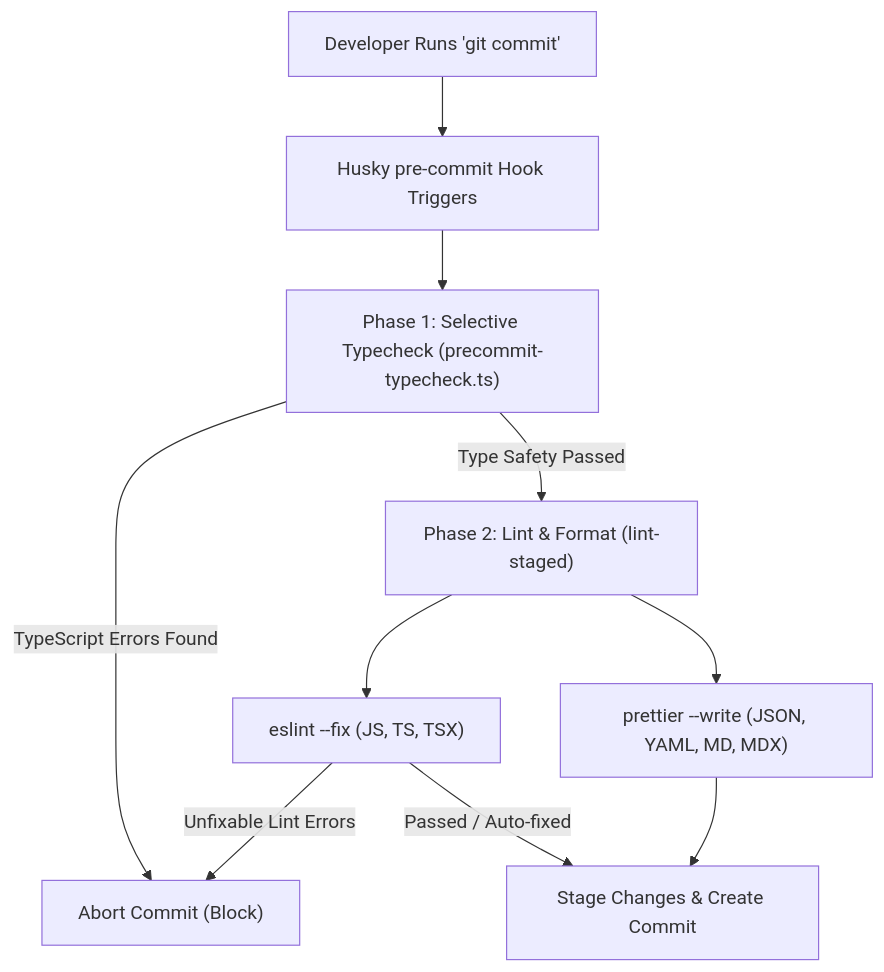
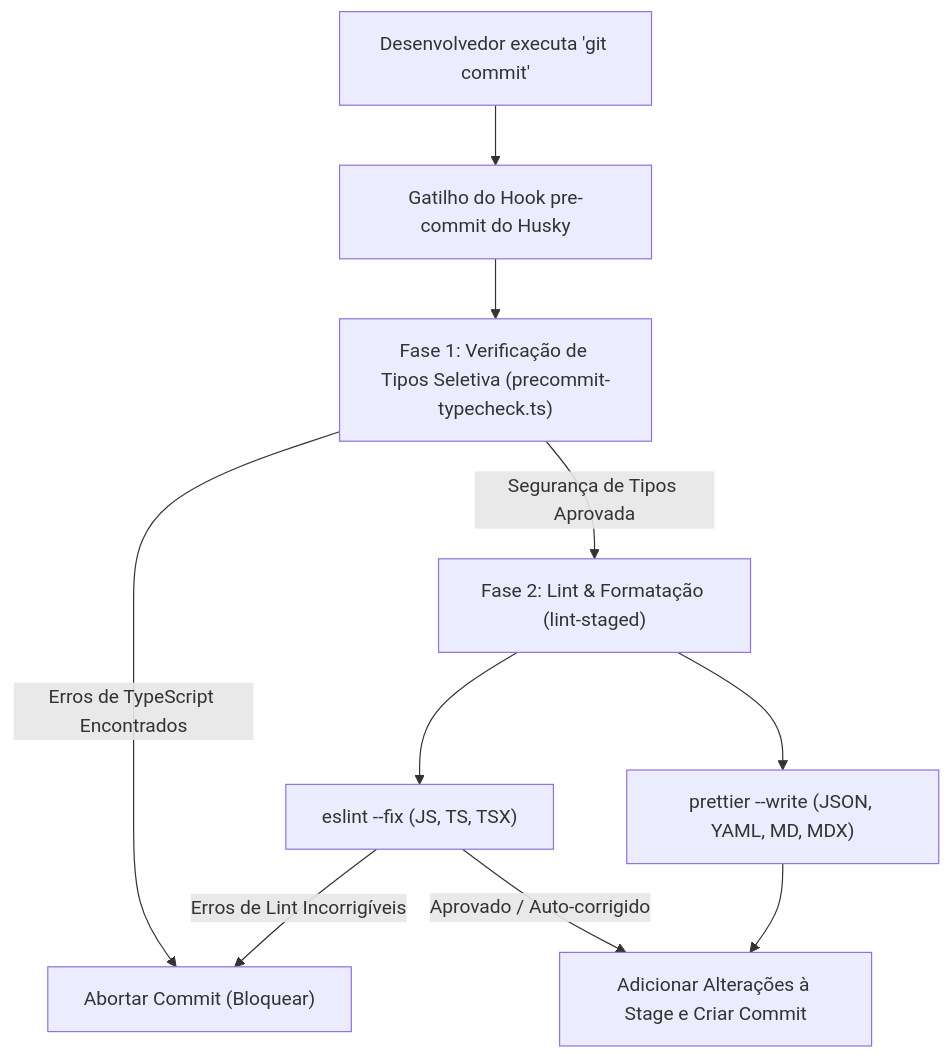
One commit to tupynambalucas/tupynambalucas changed the diagram in docs/i18n/pt-BR/docusaurus-plugin-content-docs/current/reference/commit-conventions.mdx. Above: the diagram before and after it, drawn with Mermaid. The commit also changed other lines of this file and 46 other files, not shown here.

````diff
--- a/docs/i18n/pt-BR/docusaurus-plugin-content-docs/current/reference/commit-conventions.mdx
+++ b/docs/i18n/pt-BR/docusaurus-plugin-content-docs/current/reference/commit-conventions.mdx
@@ -48,13 +47,13 @@
 ```mermaid
 graph TD
     direction TD
-    A["Developer Runs 'git commit'"] --> B["Husky pre-commit Hook Triggers"]
-    B --> C["Phase 1: Selective Typecheck (precommit-typecheck.ts)"]
-    C -- "TypeScript Errors Found" --> D["Abort Commit (Block)"]
-    C -- "Type Safety Passed" --> E["Phase 2: Lint & Format (lint-staged)"]
+    A["Desenvolvedor executa 'git commit'"] --> B["Gatilho do Hook pre-commit do Husky"]
+    B --> C["Fase 1: Verificação de Tipos Seletiva (precommit-typecheck.ts)"]
+    C -- "Erros de TypeScript Encontrados" --> D["Abortar Commit (Bloquear)"]
+    C -- "Segurança de Tipos Aprovada" --> E["Fase 2: Lint & Formatação (lint-staged)"]
     E --> F["eslint --fix (JS, TS, TSX)"]
     E --> G["prettier --write (JSON, YAML, MD, MDX)"]
-    F -- "Unfixable Lint Errors" --> D
-    F -- "Passed / Auto-fixed" --> H["Stage Changes & Create Commit"]
+    F -- "Erros de Lint Incorrigíveis" --> D
+    F -- "Aprovado / Auto-corrigido" --> H["Adicionar Alterações à Stage e Criar Commit"]
     G --> H
 ```
````
